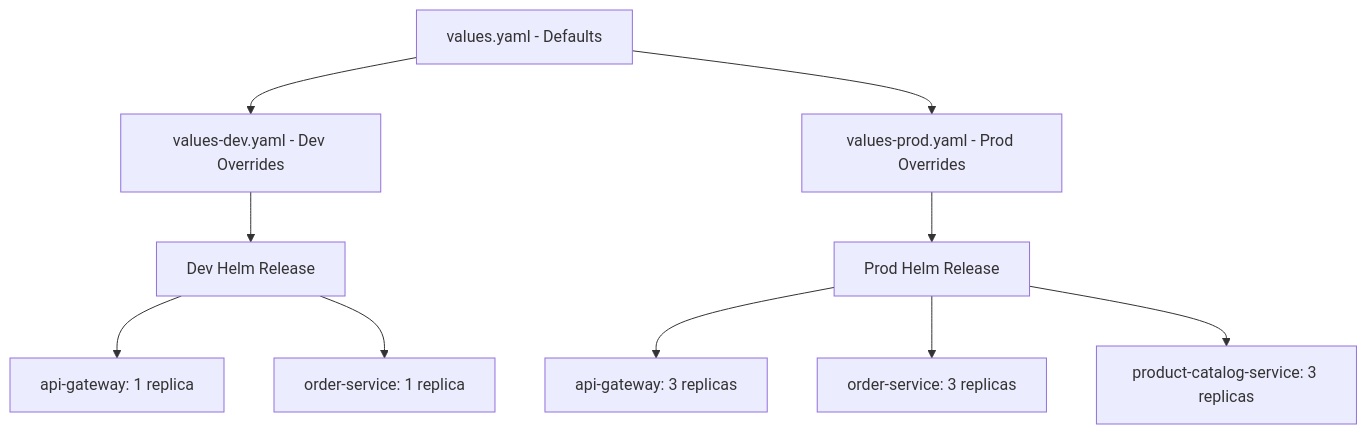
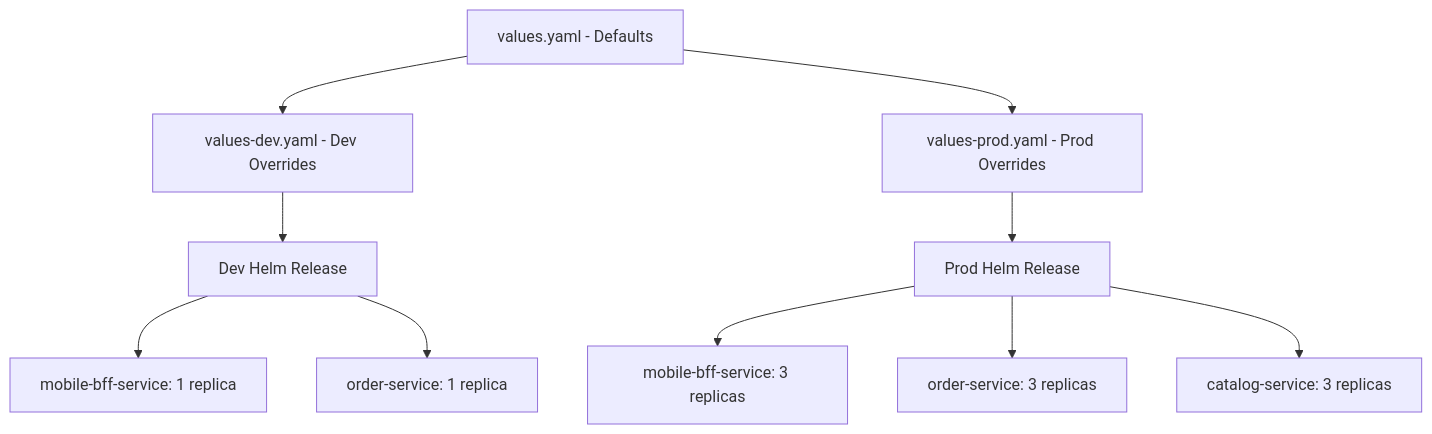
One commit to sunitakeazycommerz-a11y/InstaCommerce changed the sixth of 11 diagrams in docs/architecture/INFRASTRUCTURE.md. Above: the diagram before and after it, drawn with Mermaid. The commit also changed other lines of this file and 124 other files, not shown here.

Commit message:
docs: synchronize root, architecture, ADR, service, and archive docs with codebase truth

````diff
--- a/docs/architecture/INFRASTRUCTURE.md
+++ b/docs/architecture/INFRASTRUCTURE.md
@@ -591,12 +591,12 @@
 ```mermaid
 graph TD
     Base[values.yaml - Defaults] --> Dev[values-dev.yaml - Dev Overrides]
     Base --> Prod[values-prod.yaml - Prod Overrides]
     Dev --> DevRelease[Dev Helm Release]
     Prod --> ProdRelease[Prod Helm Release]
-    ProdRelease --> S1[api-gateway: 3 replicas]
+    ProdRelease --> S1[mobile-bff-service: 3 replicas]
     ProdRelease --> S2[order-service: 3 replicas]
-    ProdRelease --> S3[product-catalog-service: 3 replicas]
-    DevRelease --> S4[api-gateway: 1 replica]
+    ProdRelease --> S3[catalog-service: 3 replicas]
+    DevRelease --> S4[mobile-bff-service: 1 replica]
     DevRelease --> S5[order-service: 1 replica]
 ```
````
